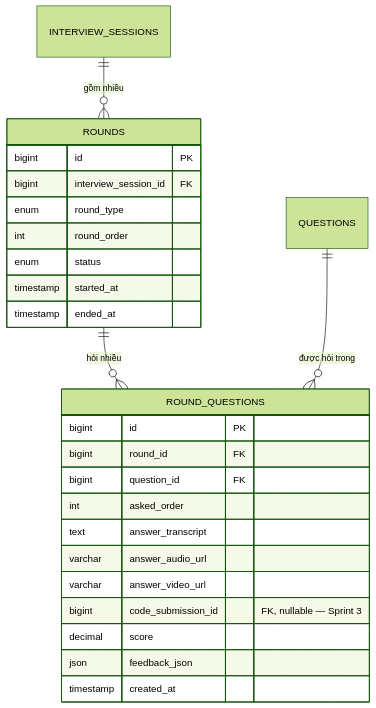
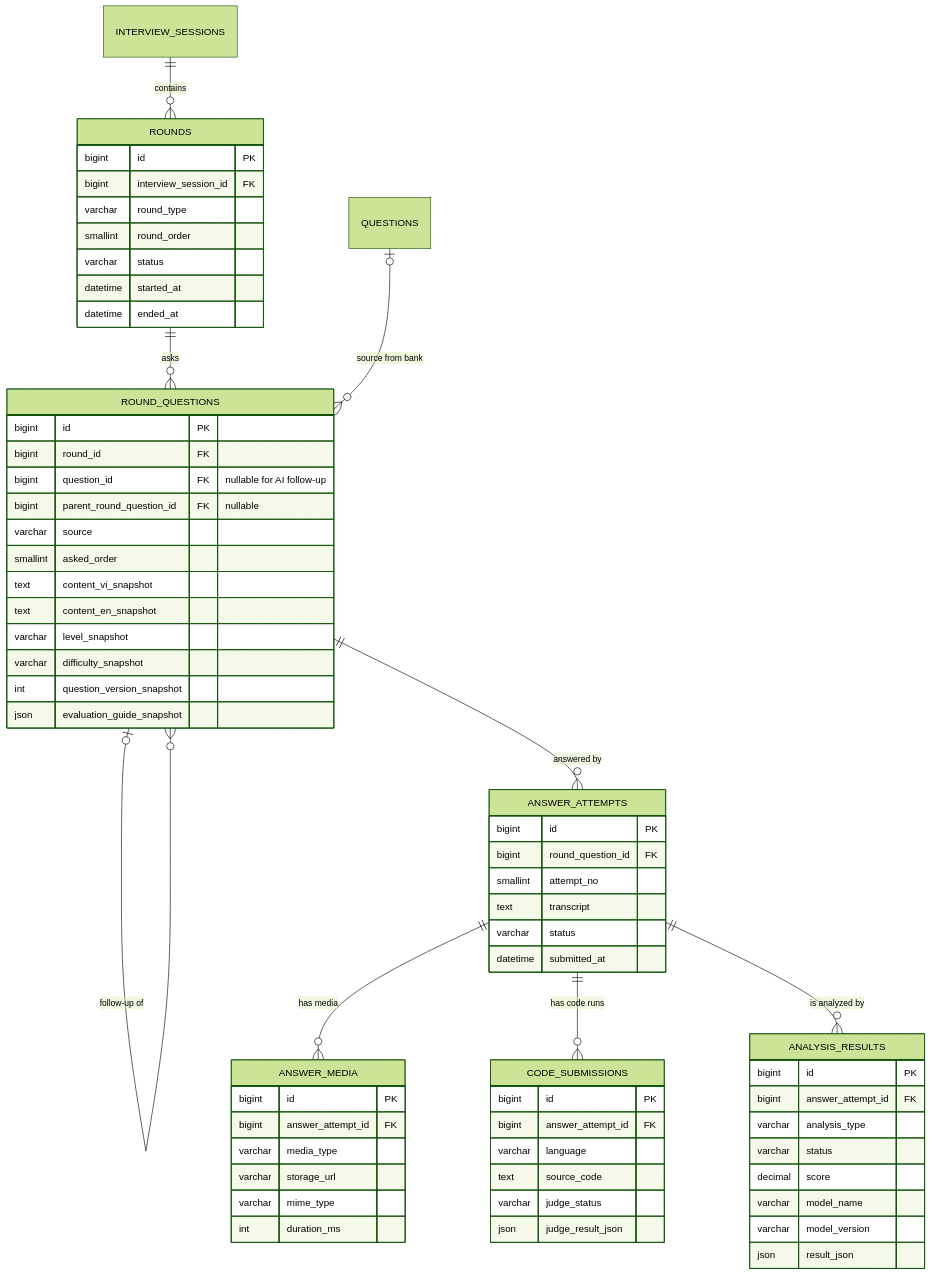
Before and after one commit to FresherTeam4/interview_backend: the diagram in docs/database/round-module-design.md, drawn with Mermaid (forest theme). The commit also changed other lines of this file and 28 other files, not shown here.

Commit message:
feat(question-bank): support multi-dimensional taxonomy

````diff
--- a/docs/database/round-module-design.md
+++ b/docs/database/round-module-design.md
@@ -18,30 +28,74 @@
 ```mermaid
 erDiagram
-    INTERVIEW_SESSIONS ||--o{ ROUNDS : "gồm nhiều"
-    ROUNDS ||--o{ ROUND_QUESTIONS : "hỏi nhiều"
-    QUESTIONS ||--o{ ROUND_QUESTIONS : "được hỏi trong"
+    INTERVIEW_SESSIONS ||--o{ ROUNDS : "contains"
+    ROUNDS ||--o{ ROUND_QUESTIONS : "asks"
+    QUESTIONS o|--o{ ROUND_QUESTIONS : "source from bank"
+    ROUND_QUESTIONS o|--o{ ROUND_QUESTIONS : "follow-up of"
+    ROUND_QUESTIONS ||--o{ ANSWER_ATTEMPTS : "answered by"
+    ANSWER_ATTEMPTS ||--o{ ANSWER_MEDIA : "has media"
+    ANSWER_ATTEMPTS ||--o{ CODE_SUBMISSIONS : "has code runs"
+    ANSWER_ATTEMPTS ||--o{ ANALYSIS_RESULTS : "is analyzed by"
 
     ROUNDS {
         bigint id PK
         bigint interview_session_id FK
-        enum round_type
-        int round_order
-        enum status
-        timestamp started_at
-        timestamp ended_at
+        varchar round_type
+        smallint round_order
+        varchar status
+        datetime started_at
+        datetime ended_at
     }
 
     ROUND_QUESTIONS {
         bigint id PK
         bigint round_id FK
-        bigint question_id FK
-        int asked_order
-        text answer_transcript
-        varchar answer_audio_url
-        varchar answer_video_url
-        bigint code_submission_id "FK, nullable — Sprint 3"
+        bigint question_id FK "nullable for AI follow-up"
+        bigint parent_round_question_id FK "nullable"
+        varchar source
+        smallint asked_order
+        text content_vi_snapshot
+        text content_en_snapshot
+        varchar level_snapshot
+        varchar difficulty_snapshot
+        int question_version_snapshot
+        json evaluation_guide_snapshot
+    }
+
+    ANSWER_ATTEMPTS {
+        bigint id PK
+        bigint round_question_id FK
+        smallint attempt_no
+        text transcript
+        varchar status
+        datetime submitted_at
+    }
+
+    ANSWER_MEDIA {
+        bigint id PK
+        bigint answer_attempt_id FK
+        varchar media_type
+        varchar storage_url
+        varchar mime_type
+        int duration_ms
+    }
+
+    CODE_SUBMISSIONS {
+        bigint id PK
+        bigint answer_attempt_id FK
+        varchar language
+        text source_code
+        varchar judge_status
+        json judge_result_json
+    }
+
+    ANALYSIS_RESULTS {
+        bigint id PK
+        bigint answer_attempt_id FK
+        varchar analysis_type
+        varchar status
         decimal score
-        json feedback_json
-        timestamp created_at
+        varchar model_name
+        varchar model_version
+        json result_json
     }
 ```
````
